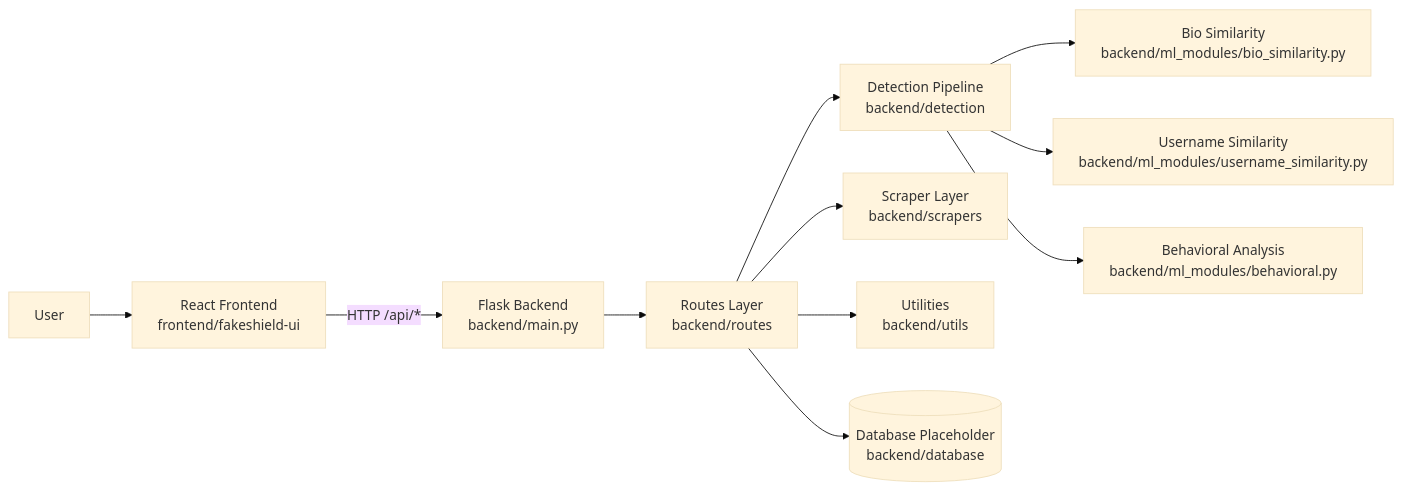
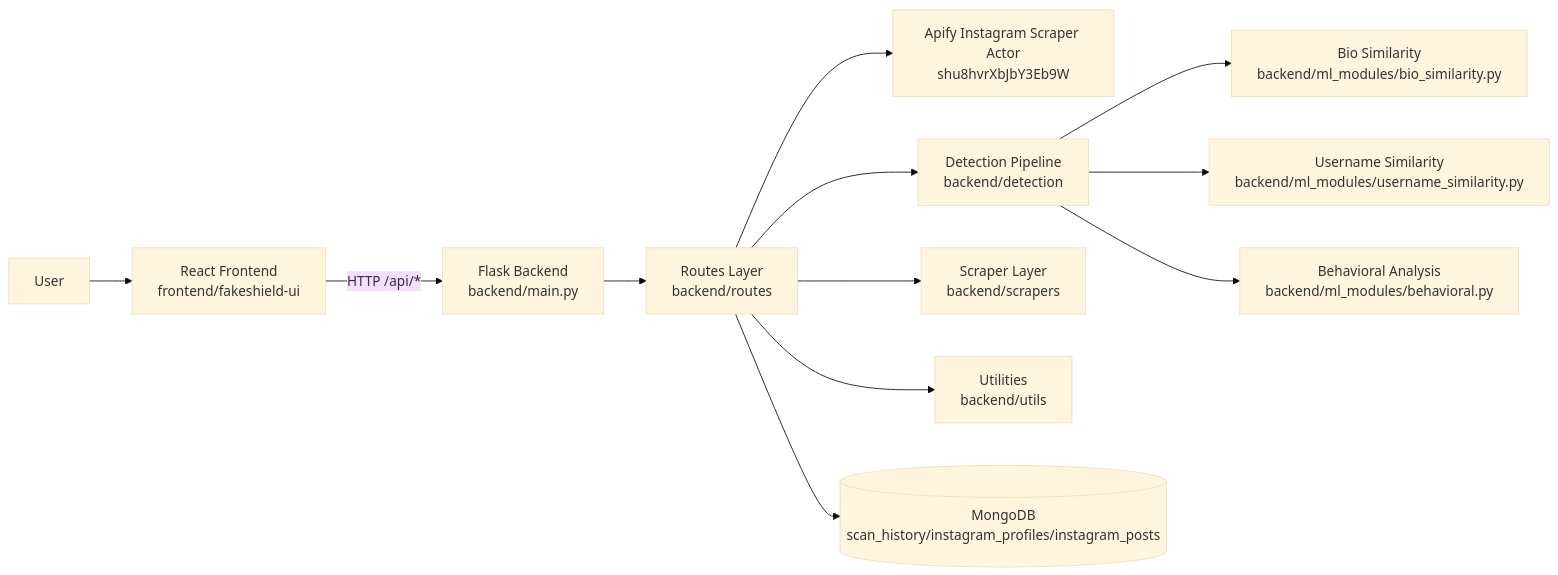
One commit to ModiTanmay/FakeSheild changed the first of 2 diagrams in README.md. Above: the diagram before and after it, drawn with Mermaid (base theme). The commit also changed other lines of this file and 9 other files, not shown here.

````diff
--- a/README.md
+++ b/README.md
@@ -85,14 +88,15 @@
 ```mermaid
 flowchart LR
 		U[User] --> FE[React Frontend\nfrontend/fakeshield-ui]
 		FE -->|HTTP /api/*| BE[Flask Backend\nbackend/main.py]
 
 		BE --> R[Routes Layer\nbackend/routes]
+		R --> AP[Apify Instagram Scraper Actor\nshu8hvrXbJbY3Eb9W]
 		R --> D[Detection Pipeline\nbackend/detection]
 		D --> M1[Bio Similarity\nbackend/ml_modules/bio_similarity.py]
 		D --> M2[Username Similarity\nbackend/ml_modules/username_similarity.py]
 		D --> M3[Behavioral Analysis\nbackend/ml_modules/behavioral.py]
 		R --> S[Scraper Layer\nbackend/scrapers]
 		R --> UTL[Utilities\nbackend/utils]
-		R --> DB[(Database Placeholder\nbackend/database)]
+		R --> DB[(MongoDB\nscan_history/instagram_profiles/instagram_posts)]
 ```
````
